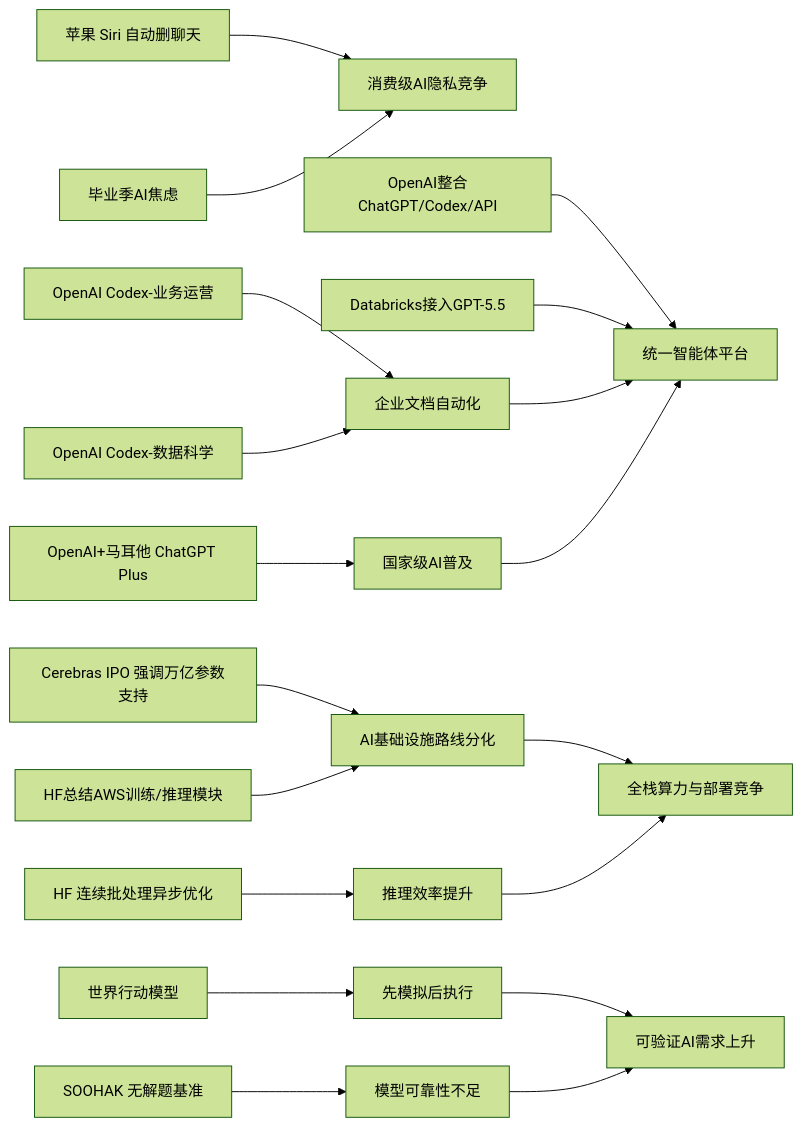
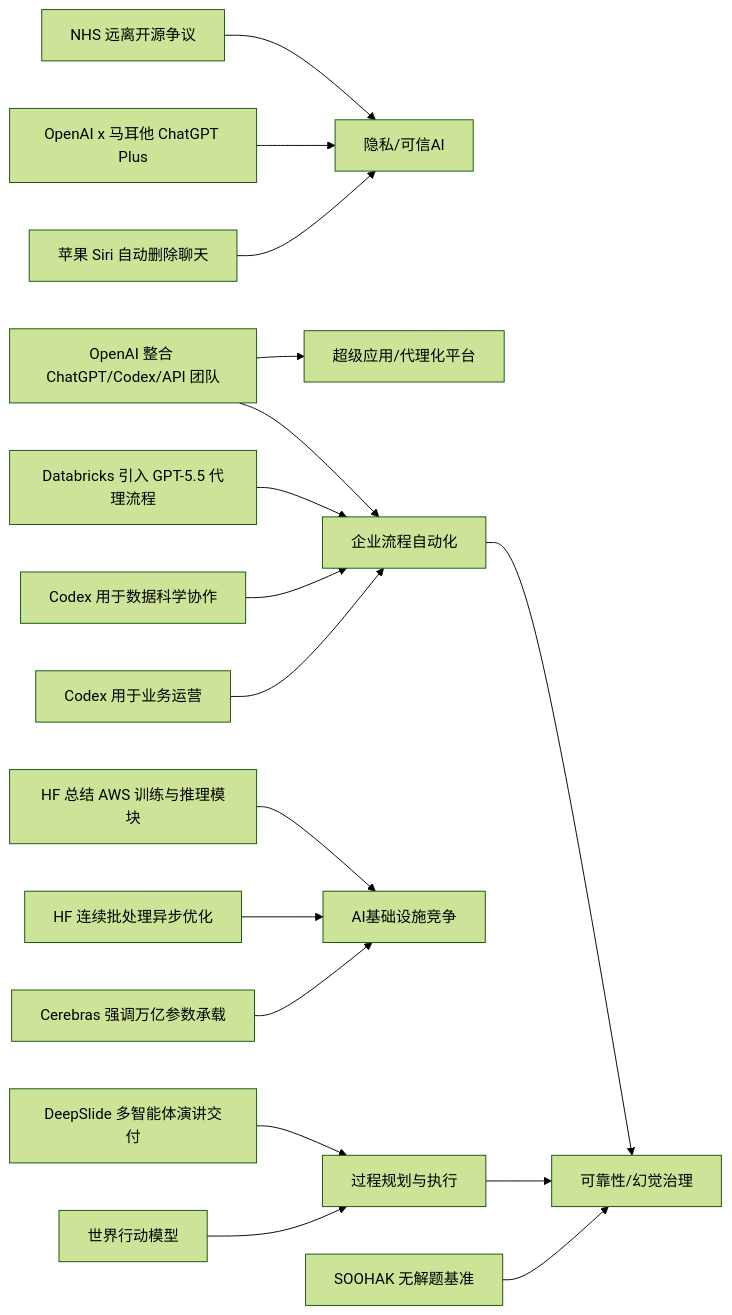
The diagram in content/cn/2026/2026-05/2026-05-18.md (zhuxinfei/ai-daily-site), drawn with Mermaid (forest theme) before and after one commit. The commit also changed other lines of this file, not shown here.

````diff
--- a/content/cn/2026/2026-05/2026-05-18.md
+++ b/content/cn/2026/2026-05/2026-05-18.md
@@ -102,25 +110,22 @@
 ```mermaid
 graph LR
-    A[苹果 Siri 自动删聊天] --> B[消费级AI隐私竞争]
-    C[毕业季AI焦虑] --> B
+    A[苹果 Siri 自动删除聊天] --> B[隐私/可信AI]
+    C[OpenAI x 马耳他 ChatGPT Plus] --> B
+    D[NHS 远离开源争议] --> B
 
-    D[OpenAI Codex-业务运营] --> E[企业文档自动化]
-    F[OpenAI Codex-数据科学] --> E
-    G[OpenAI整合ChatGPT/Codex/API] --> H[统一智能体平台]
-    I[Databricks接入GPT-5.5] --> H
+    E[OpenAI 整合 ChatGPT/Codex/API 团队] --> F[超级应用/代理化平台]
+    G[Codex 用于业务运营] --> H[企业流程自动化]
+    I[Codex 用于数据科学协作] --> H
+    J[Databricks 引入 GPT-5.5 代理流程] --> H
     E --> H
 
-    J[Cerebras IPO 强调万亿参数支持] --> K[AI基础设施路线分化]
-    L[HF 连续批处理异步优化] --> M[推理效率提升]
-    N[HF总结AWS训练/推理模块] --> K
-    K --> O[全栈算力与部署竞争]
-    M --> O
+    K[Cerebras 强调万亿参数承载] --> L[AI基础设施竞争]
+    M[HF 连续批处理异步优化] --> L
+    N[HF 总结 AWS 训练与推理模块] --> L
 
-    P[世界行动模型] --> Q[先模拟后执行]
-    R[SOOHAK 无解题基准] --> S[模型可靠性不足]
-    Q --> T[可验证AI需求上升]
-    S --> T
-
-    U[OpenAI+马耳他 ChatGPT Plus] --> V[国家级AI普及]
-    V --> H
+    O[世界行动模型] --> P[过程规划与执行]
+    Q[DeepSlide 多智能体演讲交付] --> P
+    R[SOOHAK 无解题基准] --> S[可靠性/幻觉治理]
+    P --> S
+    H --> S
 ```
````
